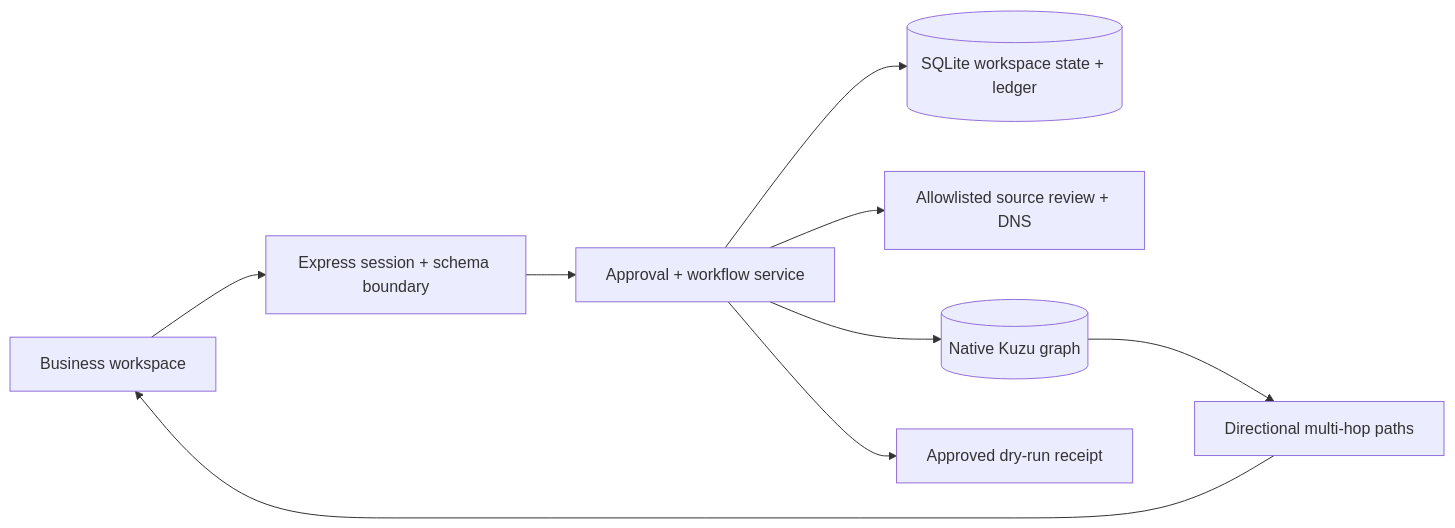
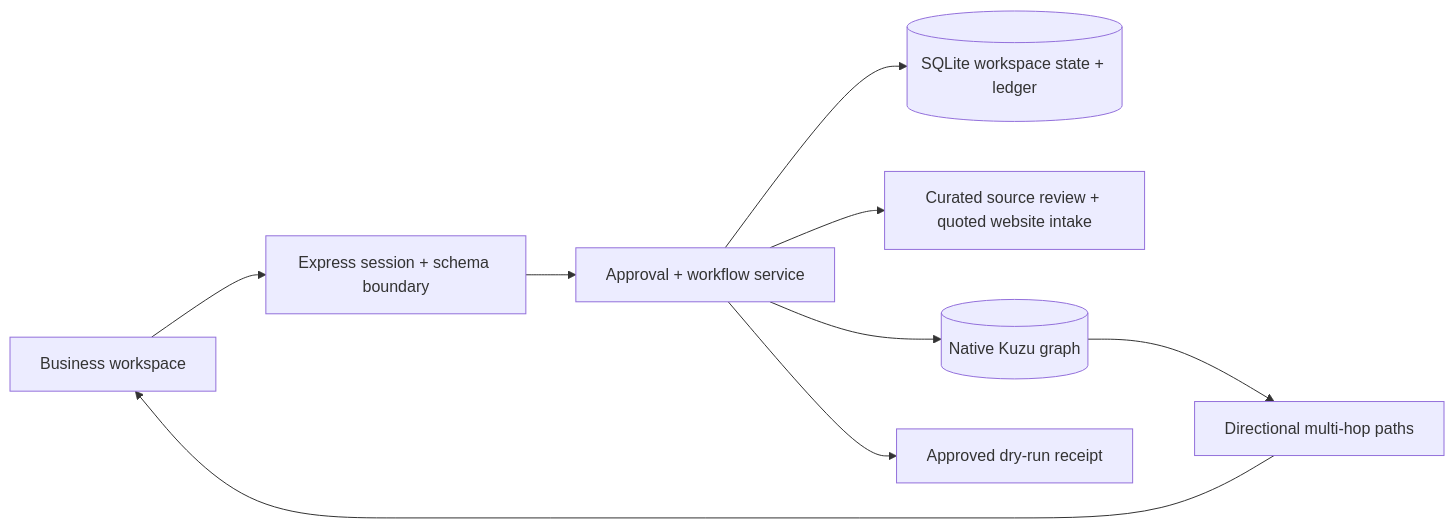
Before and after one commit to yuansshi/gtm_hackthon: the diagram in docs/system-design.md, drawn with Mermaid. The commit also changed other lines of this file and 17 other files, not shown here.

Commit message:
Add quoted-source website account research and stale-evidence review

````diff
--- a/docs/system-design.md
+++ b/docs/system-design.md
@@ -5,11 +5,11 @@
 ```mermaid
 flowchart LR
   UI[Business workspace] --> API[Express session + schema boundary]
   API --> Policy[Approval + workflow service]
   Policy --> SQL[(SQLite workspace state + ledger)]
-  Policy --> Research[Allowlisted source review + DNS]
+  Policy --> Research[Curated source review + quoted website intake]
   Policy --> Graph[(Native Kuzu graph)]
   Graph --> Paths[Directional multi-hop paths]
   Paths --> UI
   Policy --> DryRun[Approved dry-run receipt]
 ```
````
